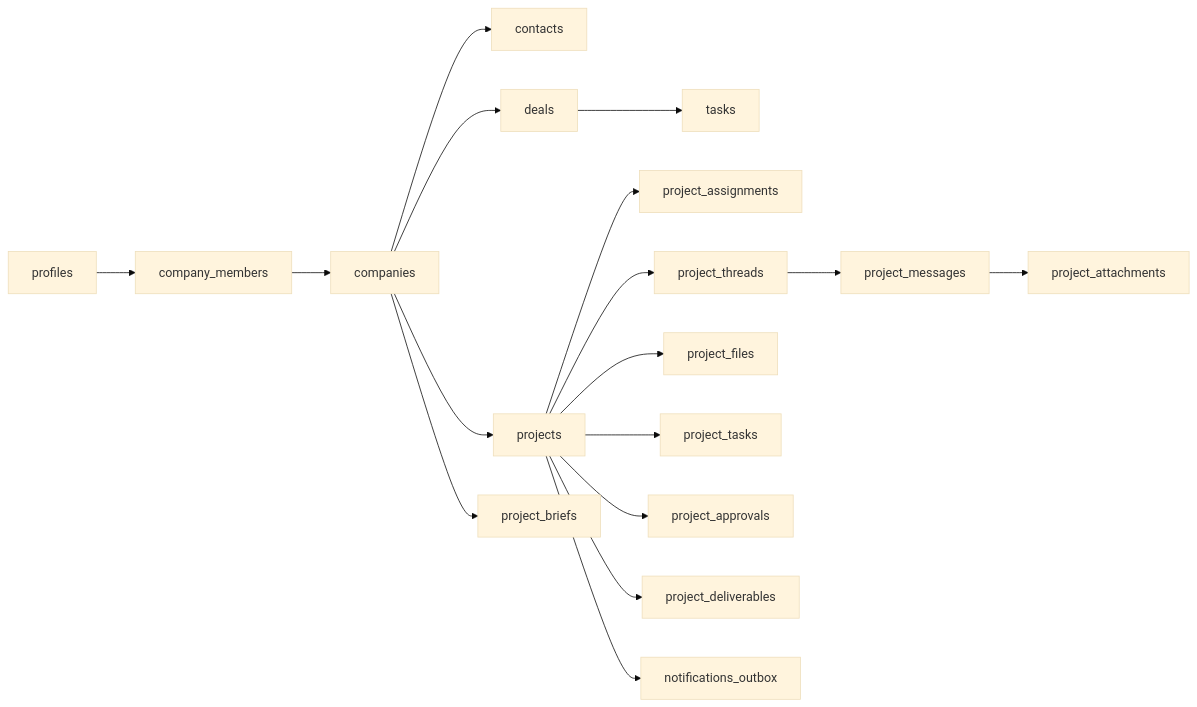
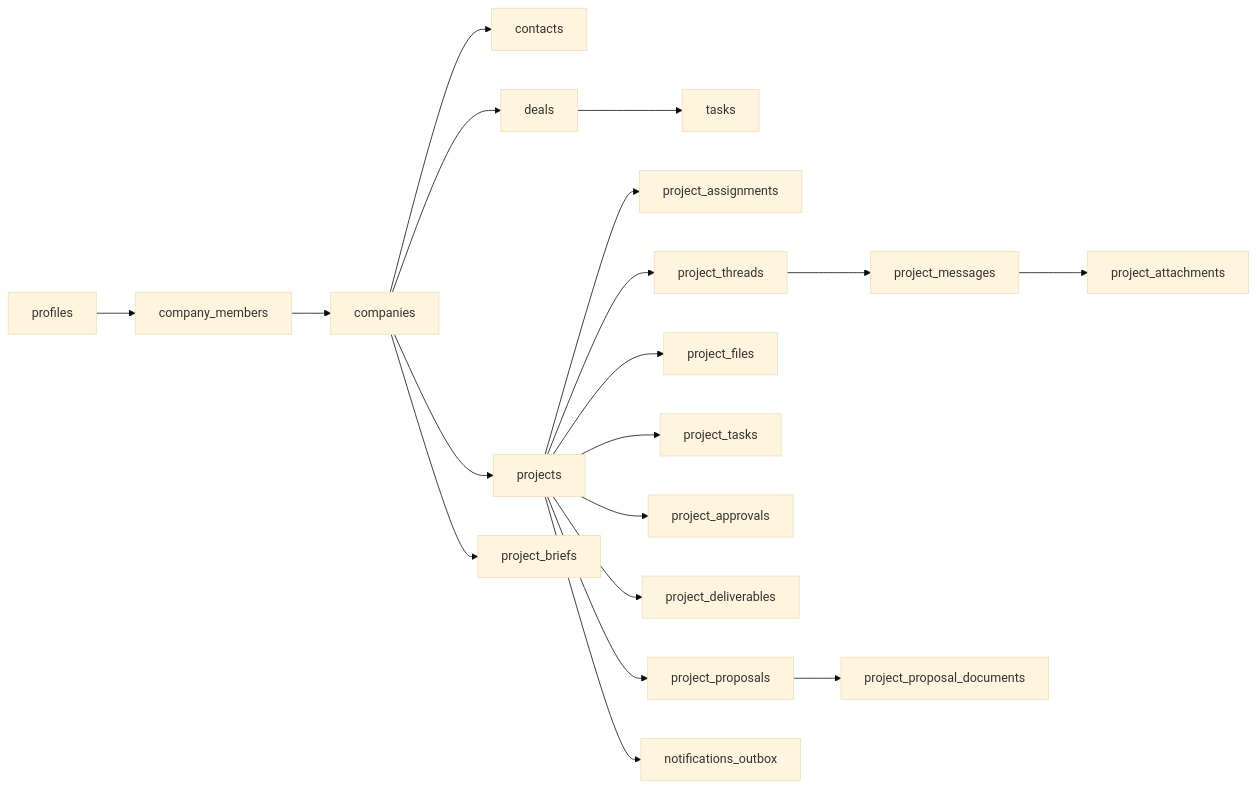
One commit to ethancrystal/crystalwebsolution.com changed the diagram in aidd_docs/memory/database.md. Above: the diagram before and after it, drawn with Mermaid (base theme). The commit also changed other lines of this file and 20 other files, not shown here.

First line of the commit message:
v1.114 — CRM proposals area in the project workspace

````diff
--- a/aidd_docs/memory/database.md
+++ b/aidd_docs/memory/database.md
@@ -11,16 +11,17 @@
 ```mermaid
 flowchart LR
   profiles --> company_members --> companies
   companies --> contacts
   companies --> deals
   deals --> tasks
   companies --> projects
   projects --> project_assignments
   projects --> project_threads --> project_messages --> project_attachments
   projects --> project_files
   projects --> project_tasks
   projects --> project_approvals
   projects --> project_deliverables
+  projects --> project_proposals --> project_proposal_documents
   companies --> project_briefs
   projects --> notifications_outbox
 ```
````
